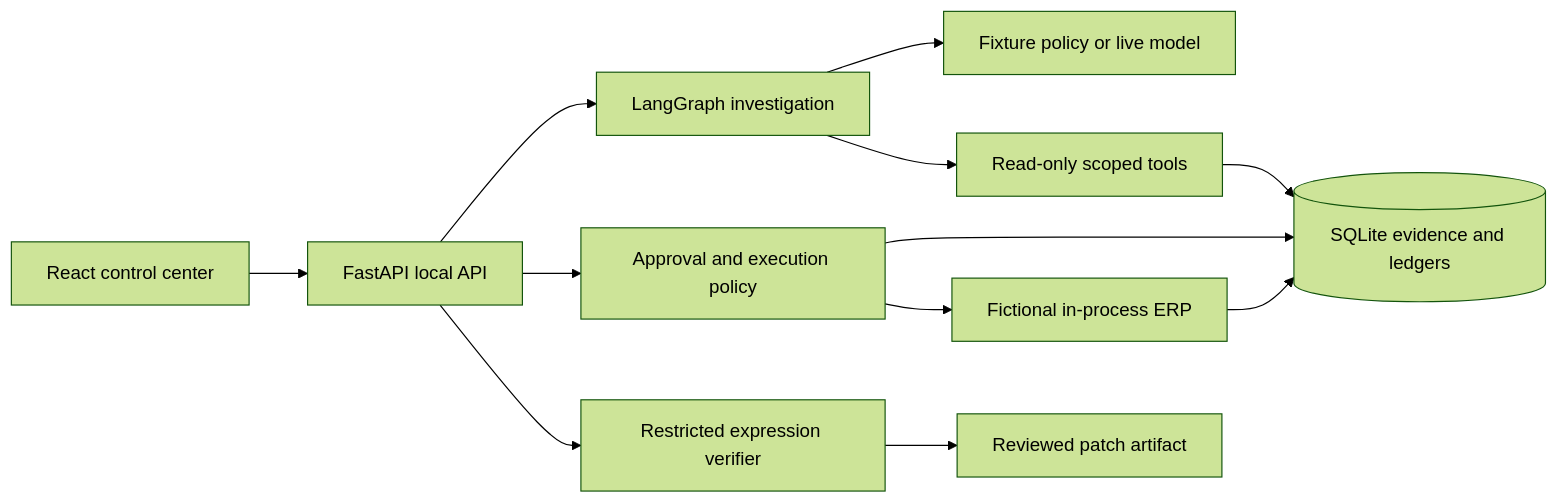
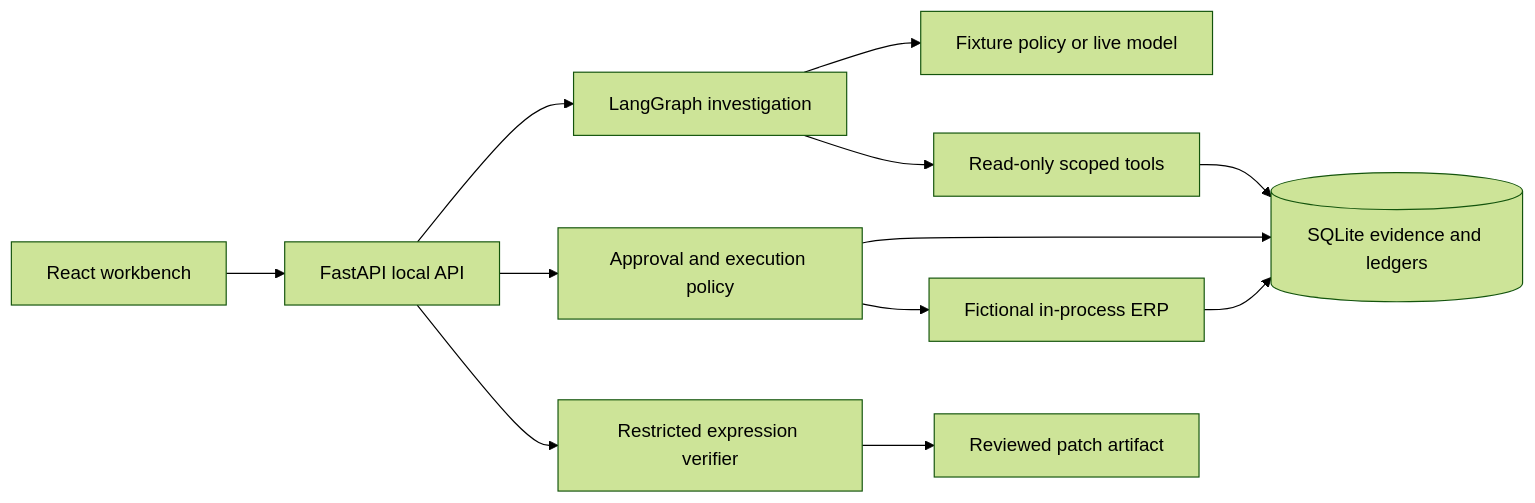
One commit to Mahou-Mehdi/relayops changed the diagram in README.md. Above: the diagram before and after it, drawn with Mermaid (forest theme). The commit also changed other lines of this file and 14 other files, not shown here.

````diff
--- a/README.md
+++ b/README.md
@@ -137,14 +120,14 @@
 ```mermaid
 flowchart LR
-  UI[React control center] --> API[FastAPI local API]
+  UI[React workbench] --> API[FastAPI local API]
   API --> Graph[LangGraph investigation]
   Graph --> Provider[Fixture policy or live model]
   Graph --> Tools[Read-only scoped tools]
   Tools --> DB[(SQLite evidence and ledgers)]
   API --> Policy[Approval and execution policy]
   Policy --> DB
   Policy --> ERP[Fictional in-process ERP]
   ERP --> DB
   API --> Repair[Restricted expression verifier]
   Repair --> Patch[Reviewed patch artifact]
 ```
````
